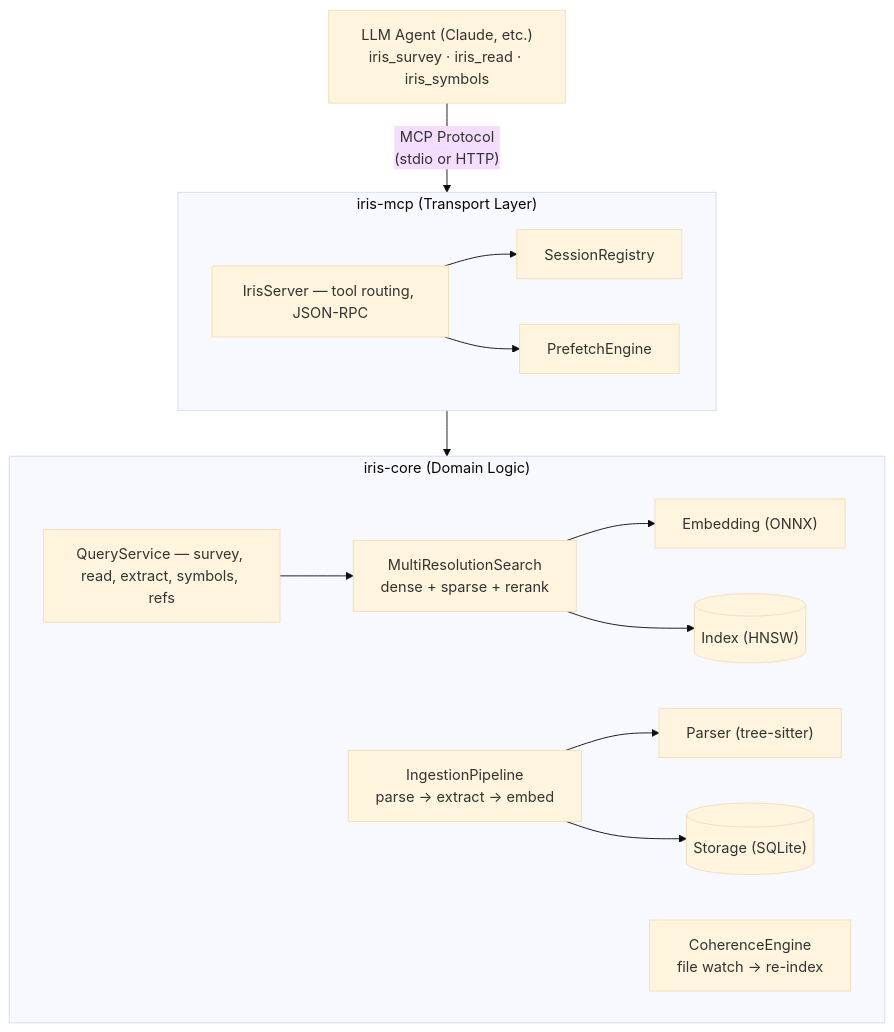
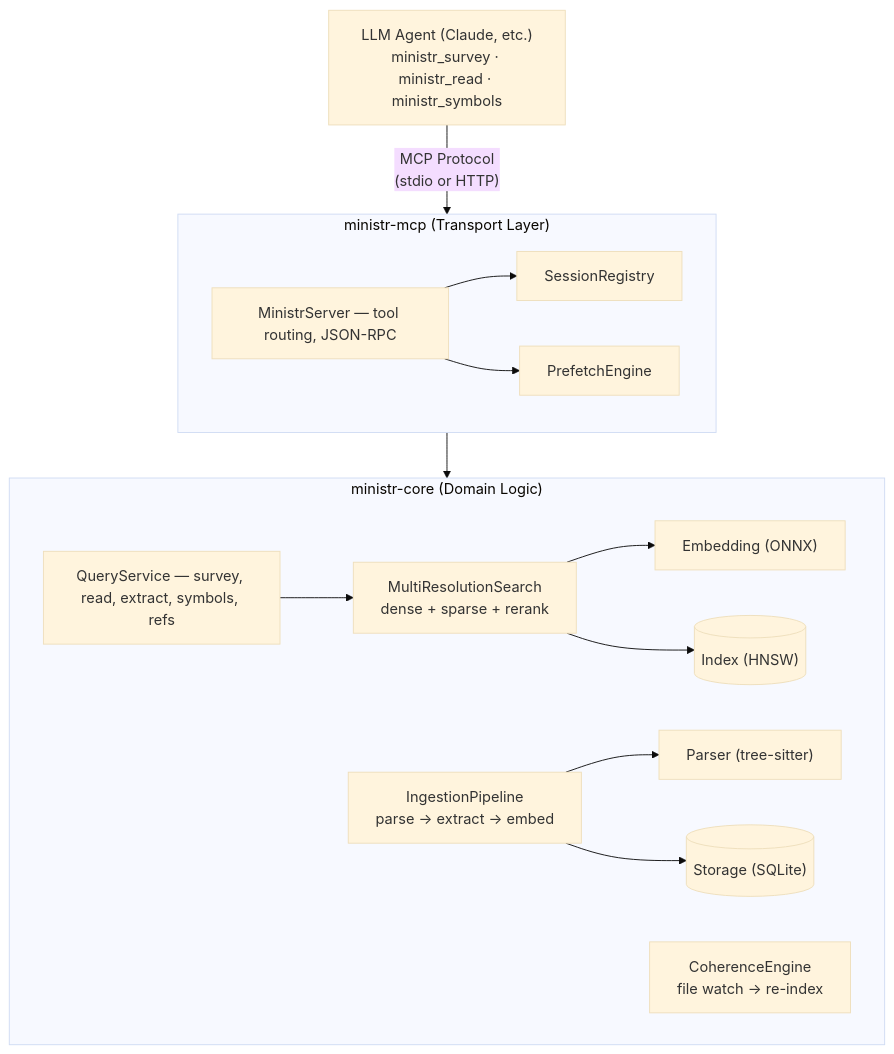
The first of 2 diagrams in docs-next/content/docs/architecture-deep-dive.mdx (OlsonSoftware/ministr), drawn with Mermaid (base theme) before and after one commit. The commit also changed other lines of this file and 572 other files, not shown here.

First line of the commit message:
chore: rebrand iris → ministr across entire codebase

````diff
--- a/docs-next/content/docs/architecture-deep-dive.mdx
+++ b/docs-next/content/docs/architecture-deep-dive.mdx
@@ -18,32 +18,32 @@
 ```mermaid
 flowchart TB
-  agent["LLM Agent (Claude, etc.)<br/>iris_survey · iris_read · iris_symbols"]
+  agent["LLM Agent (Claude, etc.)<br/>ministr_survey · ministr_read · ministr_symbols"]
 
-  subgraph mcp["iris-mcp (Transport Layer)"]
-    server["IrisServer — tool routing, JSON-RPC"]
+  subgraph mcp["ministr-mcp (Transport Layer)"]
+    server["MinistrServer — tool routing, JSON-RPC"]
     sessions["SessionRegistry"]
     prefetch["PrefetchEngine"]
     server --> sessions
     server --> prefetch
   end
 
-  subgraph core["iris-core (Domain Logic)"]
+  subgraph core["ministr-core (Domain Logic)"]
     query["QueryService — survey, read, extract, symbols, refs"]
     search["MultiResolutionSearch<br/>dense + sparse + rerank"]
     ingest["IngestionPipeline<br/>parse → extract → embed"]
     coherence["CoherenceEngine<br/>file watch → re-index"]
     embed["Embedding (ONNX)"]
     storage[("Storage (SQLite)")]
     index[("Index (HNSW)")]
     parser["Parser (tree-sitter)"]
 
     query --> search
     search --> embed
     search --> index
     ingest --> parser
     ingest --> storage
   end
 
   agent -->|"MCP Protocol<br/>(stdio or HTTP)"| mcp
   mcp --> core
 ```
````
